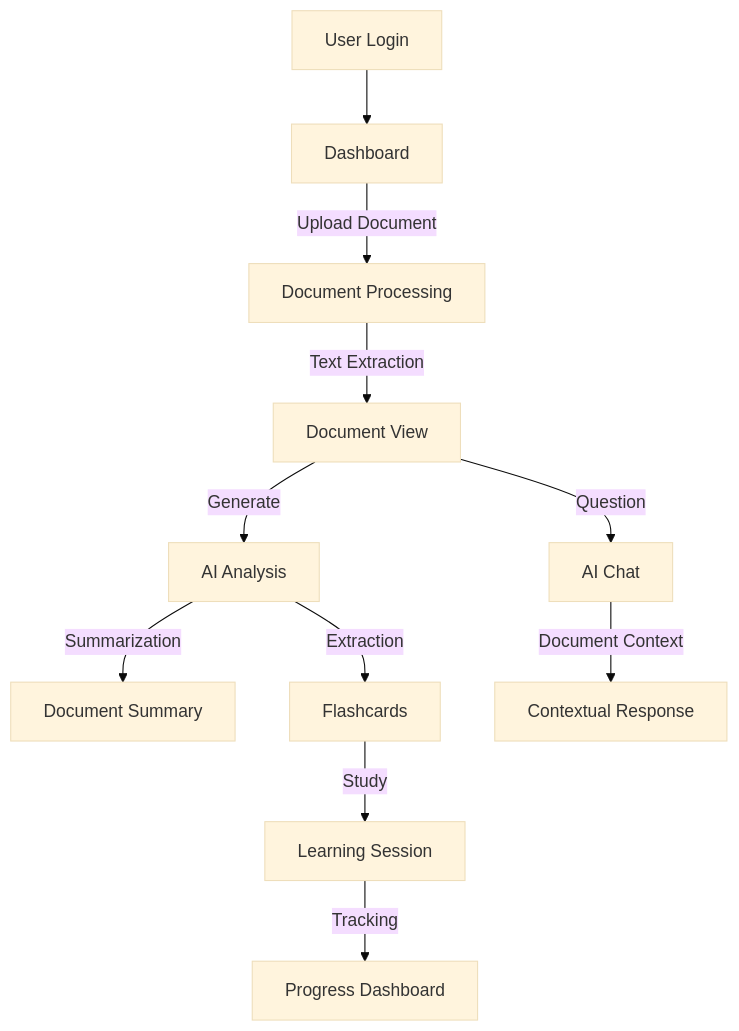
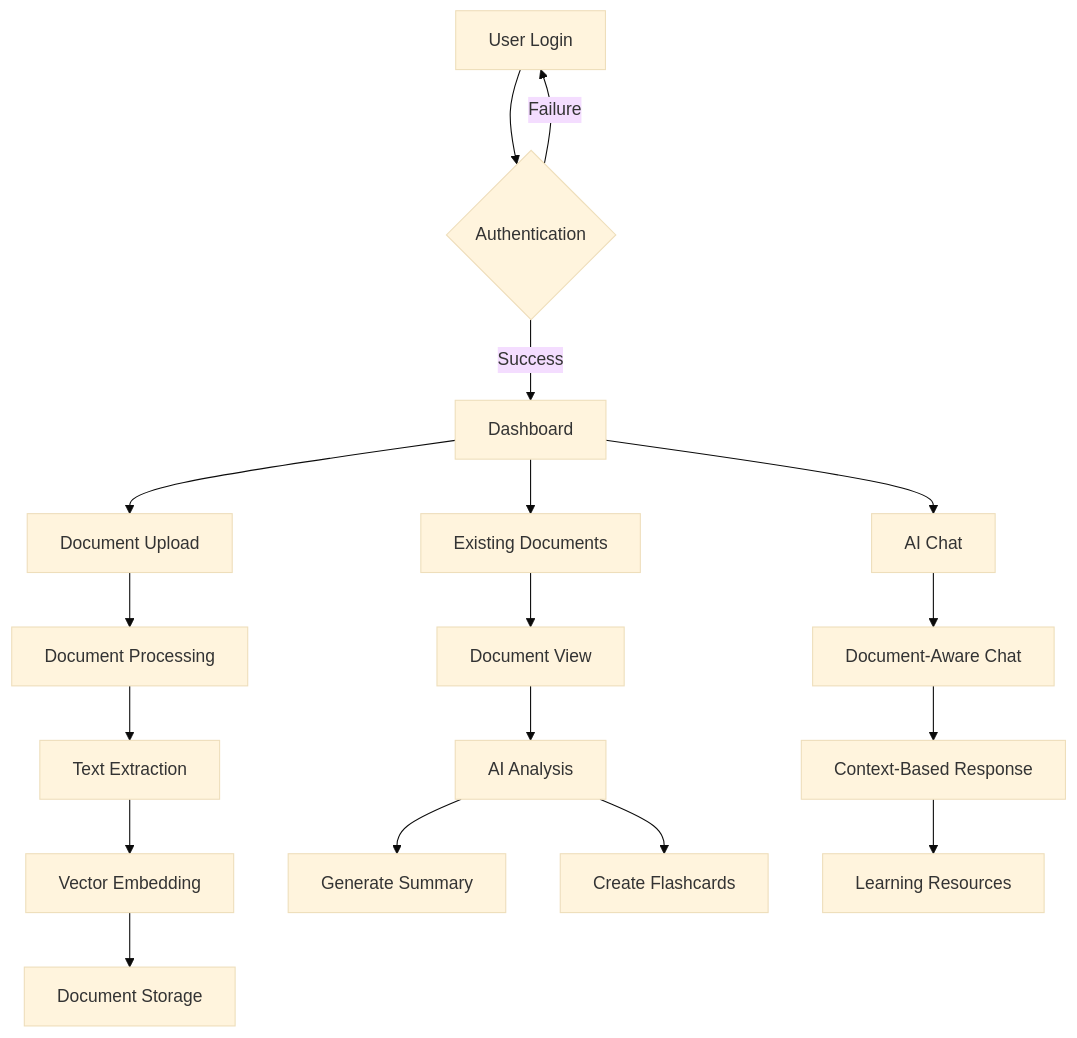
One commit to ocenotine/mindgrove-concept changed the diagram in README.md. Above: the diagram before and after it, drawn with Mermaid (base theme). The commit also changed other lines of this file and 11 other files, not shown here.

````diff
--- a/README.md
+++ b/README.md
@@ -120,13 +69,20 @@
 ```mermaid
 graph TD
-    A[User Login] --> B[Dashboard]
-    B -->|Upload Document| C[Document Processing]
-    C -->|Text Extraction| D[Document View]
-    D -->|Generate| E[AI Analysis]
-    E -->|Summarization| F[Document Summary]
-    E -->|Extraction| G[Flashcards]
-    D -->|Question| H[AI Chat]
-    H -->|Document Context| I[Contextual Response]
-    G -->|Study| J[Learning Session]
-    J -->|Tracking| K[Progress Dashboard]
+    A[User Login] --> B{Authentication}
+    B -- Success --> C[Dashboard]
+    B -- Failure --> A
+    C --> D[Document Upload]
+    C --> E[Existing Documents]
+    C --> F[AI Chat]
+    D --> G[Document Processing]
+    G --> H[Text Extraction]
+    H --> I[Vector Embedding]
+    I --> J[Document Storage]
+    E --> K[Document View]
+    K --> L[AI Analysis]
+    L --> M[Generate Summary]
+    L --> N[Create Flashcards]
+    F --> O[Document-Aware Chat]
+    O --> P[Context-Based Response]
+    P --> Q[Learning Resources]
 ```
````
